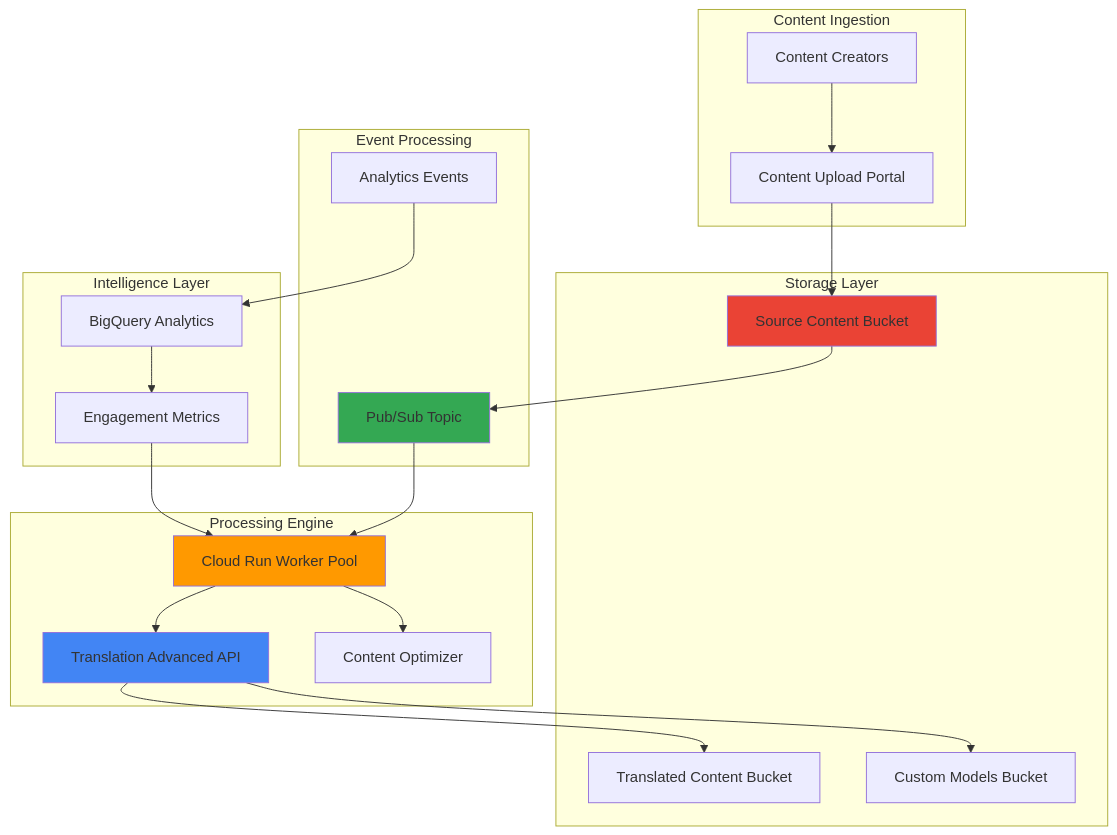
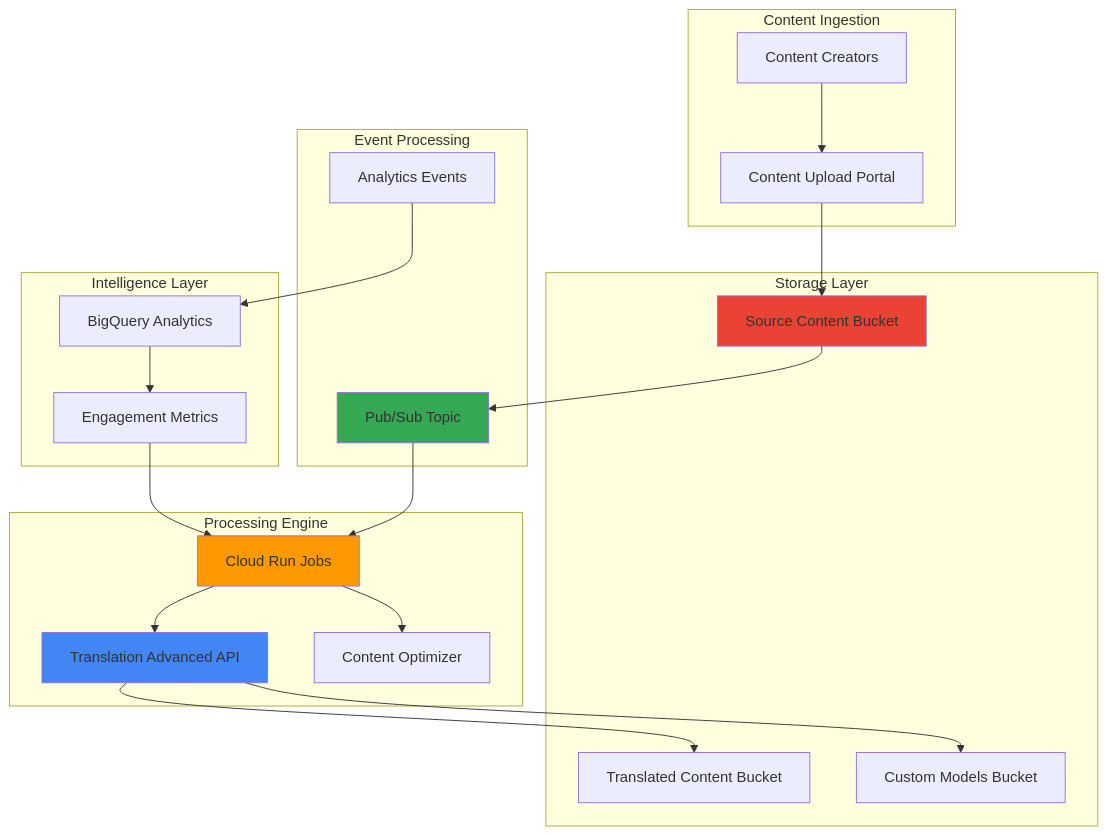
One commit to mzazon/awesome-cloud-projects changed the diagram in gcp/multi-language-content-optimization-translation-worker-pools/multi-language-content-optimization-translation-worker-pools.md. Above: the diagram before and after it, drawn with Mermaid. The commit also changed other lines of this file and 5581 other files, not shown here.

````diff
--- a/gcp/multi-language-content-optimization-translation-worker-pools/multi-language-content-optimization-translation-worker-pools.md
+++ b/gcp/multi-language-content-optimization-translation-worker-pools/multi-language-content-optimization-translation-worker-pools.md
@@ -30,46 +30,46 @@
 ```mermaid
 graph TB
     subgraph "Content Ingestion"
         USER[Content Creators]
         UPLOAD[Content Upload Portal]
     end
     
     subgraph "Event Processing"
         PUBSUB[Pub/Sub Topic]
         ANALYTICS[Analytics Events]
     end
     
     subgraph "Storage Layer"
         SOURCE[Source Content Bucket]
         TRANSLATED[Translated Content Bucket]
         MODELS[Custom Models Bucket]
     end
     
     subgraph "Processing Engine"
-        WORKER[Cloud Run Worker Pool]
+        WORKER[Cloud Run Jobs]
         TRANSLATE[Translation Advanced API]
         OPTIMIZER[Content Optimizer]
     end
     
     subgraph "Intelligence Layer"
         BIGQUERY[BigQuery Analytics]
         METRICS[Engagement Metrics]
     end
     
     USER-->UPLOAD
     UPLOAD-->SOURCE
     SOURCE-->PUBSUB
     PUBSUB-->WORKER
     WORKER-->TRANSLATE
     TRANSLATE-->TRANSLATED
     WORKER-->OPTIMIZER
     ANALYTICS-->BIGQUERY
     BIGQUERY-->METRICS
     METRICS-->WORKER
     TRANSLATE-->MODELS
     
     style WORKER fill:#FF9900
     style TRANSLATE fill:#4285F4
     style PUBSUB fill:#34A853
     style SOURCE fill:#EA4335
 ```
````
